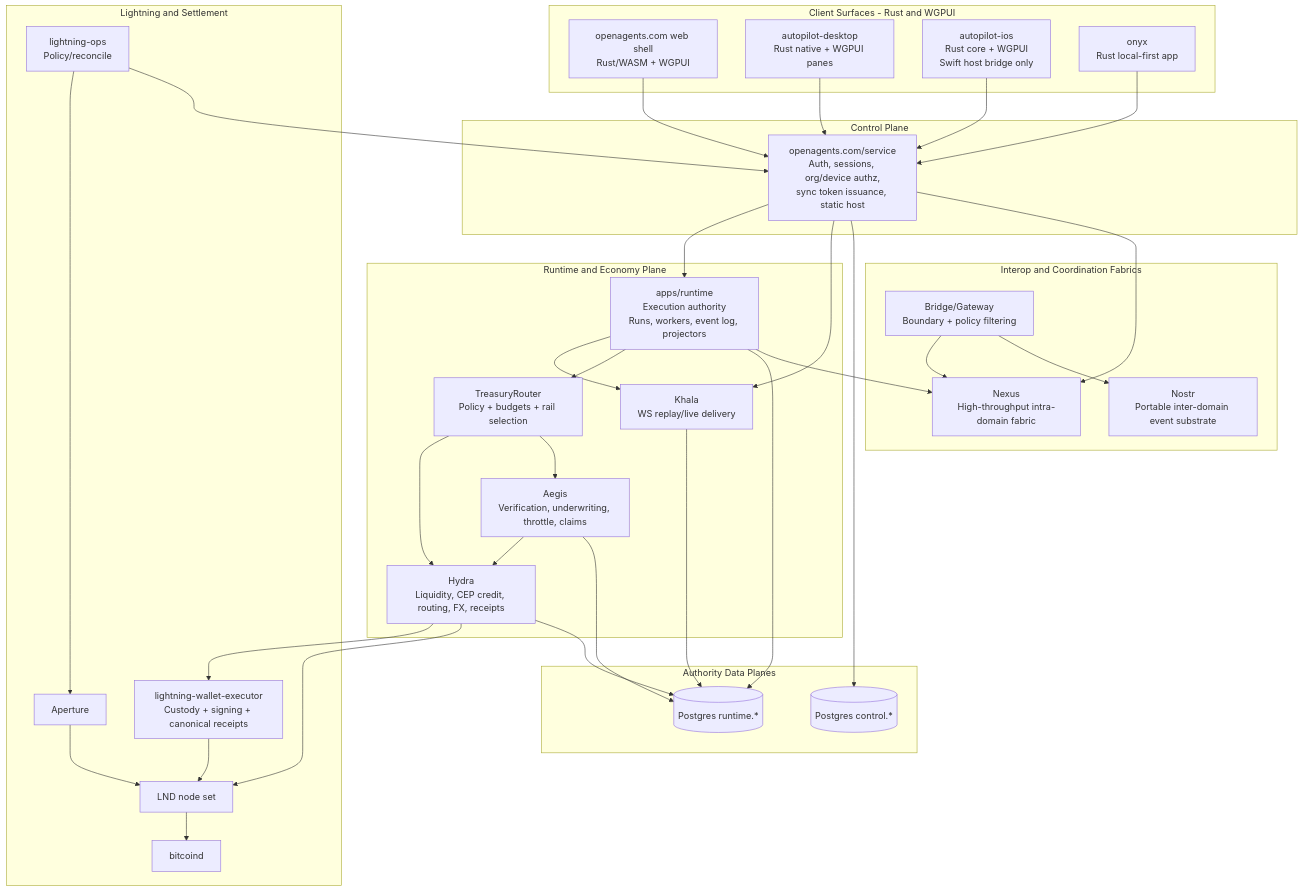
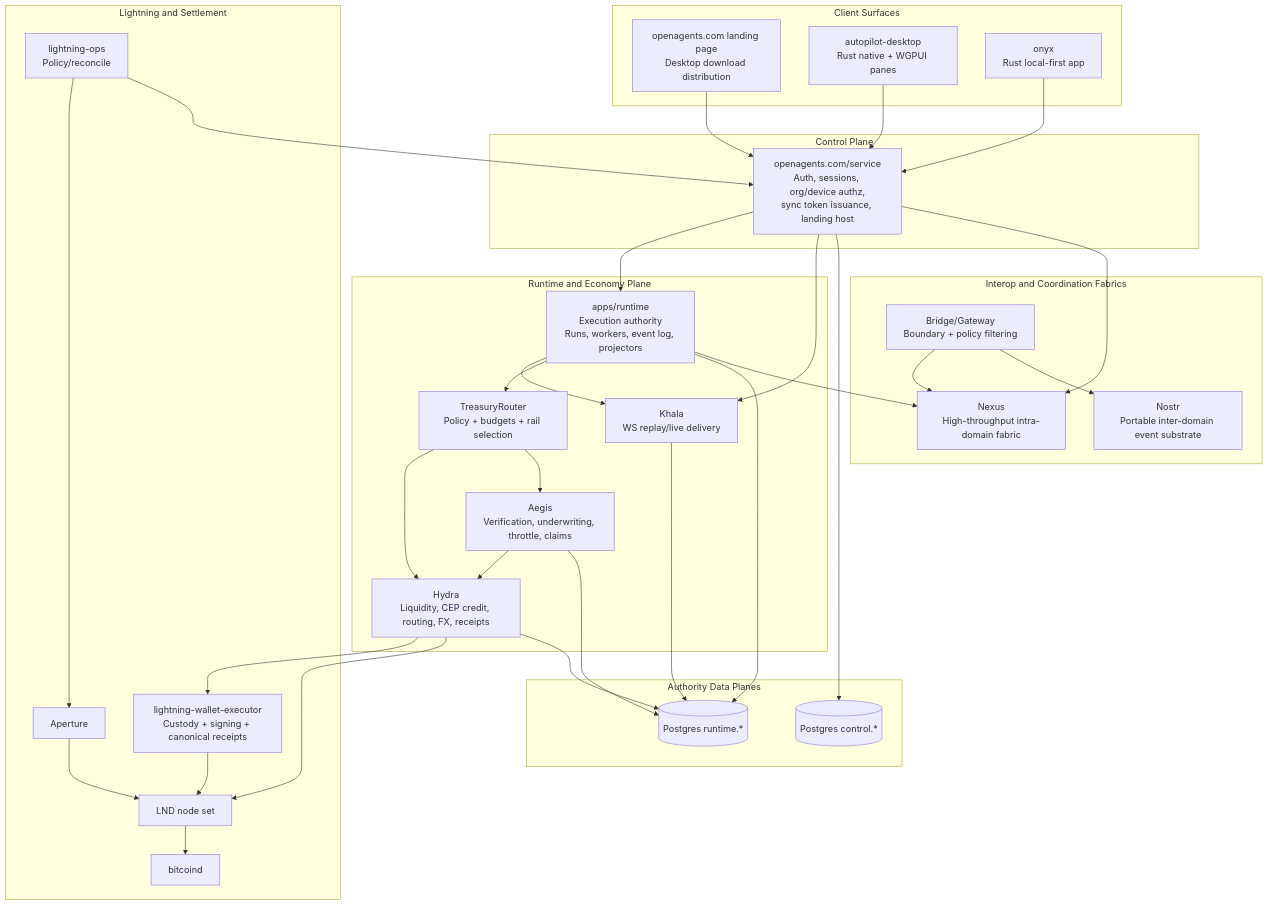
One commit to OpenAgentsInc/openagents changed the diagram in docs/core/ARCHITECTURE.md. Above: the diagram before and after it, drawn with Mermaid. The commit also changed other lines of this file and 136 other files, not shown here.

Commit message:
phase 0-2 app surface cleanup: landing web + remove ios

````diff
--- a/docs/core/ARCHITECTURE.md
+++ b/docs/core/ARCHITECTURE.md
@@ -54,73 +54,71 @@
 ```mermaid
 flowchart TB
-  subgraph surfaces[Client Surfaces - Rust and WGPUI]
-    web[openagents.com web shell\nRust/WASM + WGPUI]
+  subgraph surfaces[Client Surfaces]
+    web[openagents.com landing page\nDesktop download distribution]
     desktop[autopilot-desktop\nRust native + WGPUI panes]
-    ios[autopilot-ios\nRust core + WGPUI\nSwift host bridge only]
     onyx[onyx\nRust local-first app]
   end
 
   subgraph controlplane[Control Plane]
-    control[openagents.com/service\nAuth, sessions, org/device authz,\nsync token issuance, static host]
+    control[openagents.com/service\nAuth, sessions, org/device authz,\nsync token issuance, landing host]
   end
 
   subgraph runtimeplane[Runtime and Economy Plane]
     runtime[apps/runtime\nExecution authority\nRuns, workers, event log, projectors]
     treasury[TreasuryRouter\nPolicy + budgets + rail selection]
     hydra[Hydra\nLiquidity, CEP credit, routing, FX, receipts]
     aegis[Aegis\nVerification, underwriting, throttle, claims]
     khala[Khala\nWS replay/live delivery]
   end
 
   subgraph data[Authority Data Planes]
     controlDb[(Postgres control.*)]
     runtimeDb[(Postgres runtime.*)]
   end
 
   subgraph payments[Lightning and Settlement]
     lops[lightning-ops\nPolicy/reconcile]
     lwe[lightning-wallet-executor\nCustody + signing + canonical receipts]
     aperture[Aperture]
     lnd[LND node set]
     bitcoind[bitcoind]
   end
 
   subgraph fabrics[Interop and Coordination Fabrics]
     nexus[Nexus\nHigh-throughput intra-domain fabric]
     bridge[Bridge/Gateway\nBoundary + policy filtering]
     nostr[Nostr\nPortable inter-domain event substrate]
   end
 
   web --> control
   desktop --> control
-  ios --> control
   onyx --> control
 
   control --> runtime
   runtime --> khala
   control --> khala
 
   runtime --> treasury
   treasury --> hydra
   treasury --> aegis
   aegis --> hydra
 
   hydra --> lwe
   hydra --> lnd
   lops --> aperture
   lops --> control
   lwe --> lnd
   aperture --> lnd
   lnd --> bitcoind
 
   control --> controlDb
   runtime --> runtimeDb
   khala --> runtimeDb
   hydra --> runtimeDb
   aegis --> runtimeDb
 
   runtime --> nexus
   control --> nexus
   bridge --> nexus
   bridge --> nostr
 ```
````
